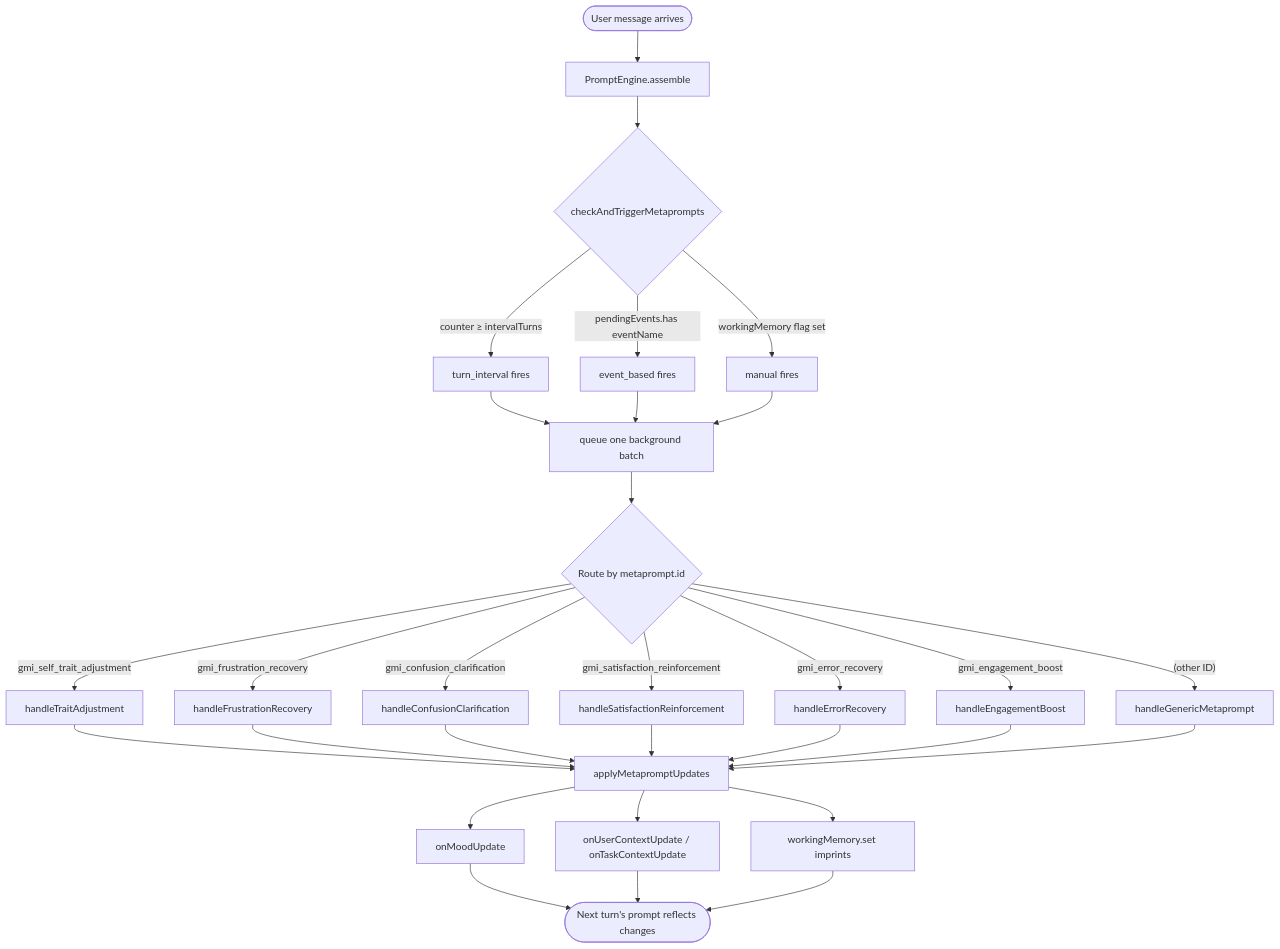
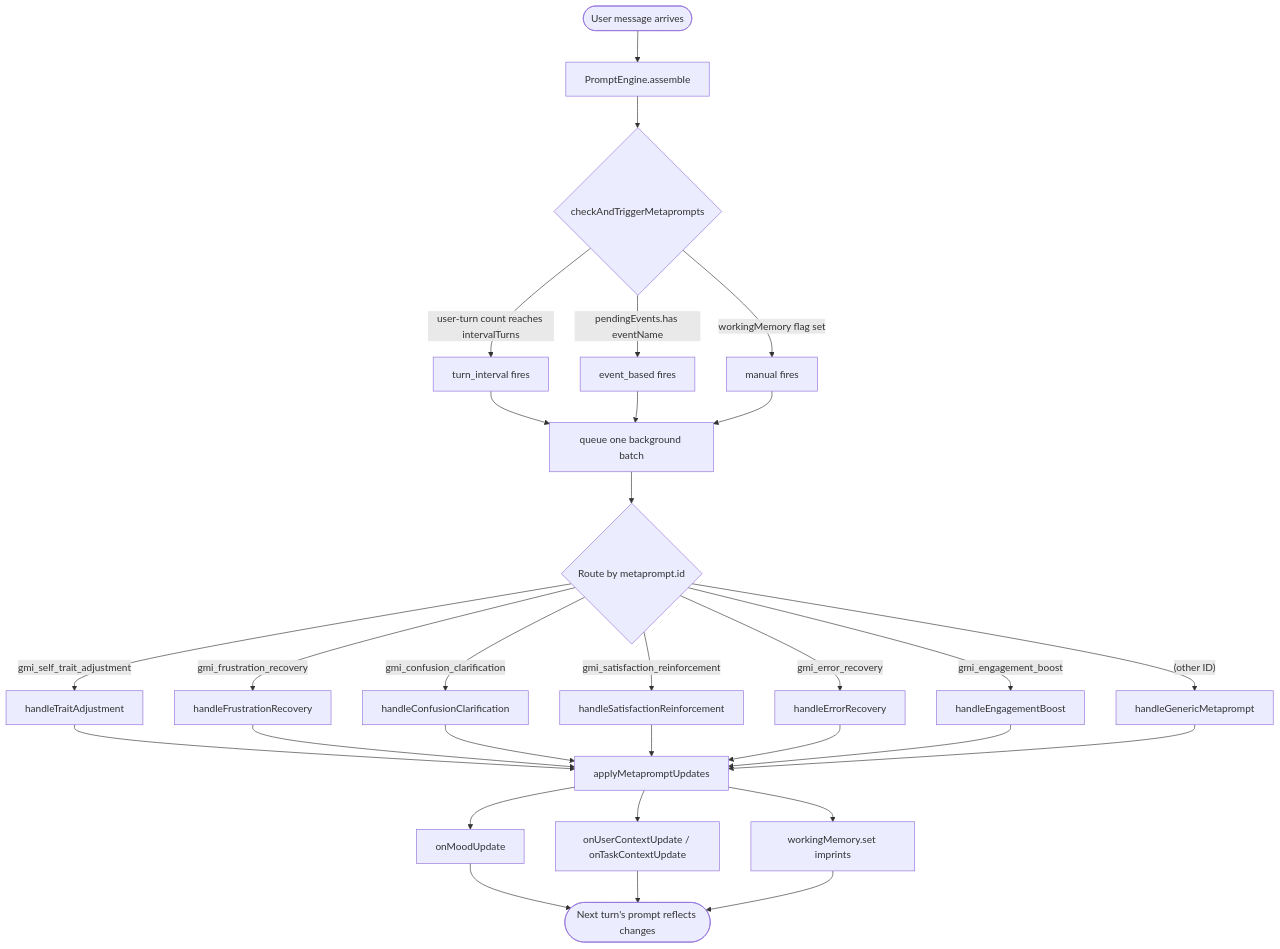
One commit to RheagalFire/agentos changed the diagram in docs/ADAPTIVE_PROMPT_INTELLIGENCE.md. Above: the diagram before and after it, drawn with Mermaid. The commit also changed other lines of this file and 4 other files, not shown here.

````diff
--- a/docs/ADAPTIVE_PROMPT_INTELLIGENCE.md
+++ b/docs/ADAPTIVE_PROMPT_INTELLIGENCE.md
@@ -128,38 +128,38 @@
 ```mermaid
 flowchart TD
   start([User message arrives]) --> assemble[PromptEngine.assemble]
   assemble --> check{checkAndTriggerMetaprompts}
 
-  check -- counter ≥ intervalTurns --> interval[turn_interval fires]
+  check -- "user-turn count reaches intervalTurns" --> interval[turn_interval fires]
   check -- pendingEvents.has eventName --> event[event_based fires]
   check -- workingMemory flag set --> manual[manual fires]
 
   interval --> exec[queue one background batch]
   event --> exec
   manual --> exec
 
   exec --> route{Route by metaprompt.id}
   route -- gmi_self_trait_adjustment --> trait[handleTraitAdjustment]
   route -- gmi_frustration_recovery --> frust[handleFrustrationRecovery]
   route -- gmi_confusion_clarification --> conf[handleConfusionClarification]
   route -- gmi_satisfaction_reinforcement --> sat[handleSatisfactionReinforcement]
   route -- gmi_error_recovery --> err[handleErrorRecovery]
   route -- gmi_engagement_boost --> eng[handleEngagementBoost]
   route -- "(other ID)" --> generic[handleGenericMetaprompt]
 
   trait --> apply[applyMetapromptUpdates]
   frust --> apply
   conf --> apply
   sat --> apply
   err --> apply
   eng --> apply
   generic --> apply
 
   apply --> mood[onMoodUpdate]
   apply --> ctx[onUserContextUpdate / onTaskContextUpdate]
   apply --> wmi[workingMemory.set imprints]
 
   mood --> ready([Next turn's prompt reflects changes])
   ctx --> ready
   wmi --> ready
 ```
````
